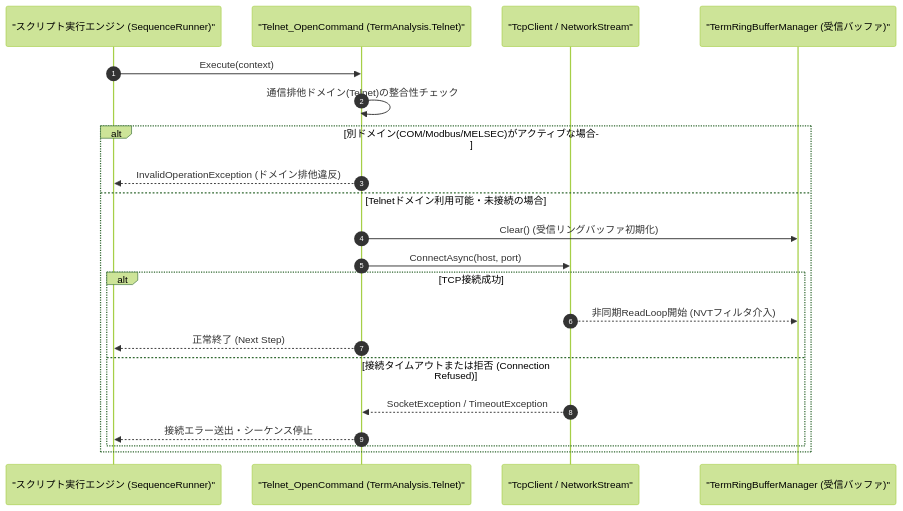
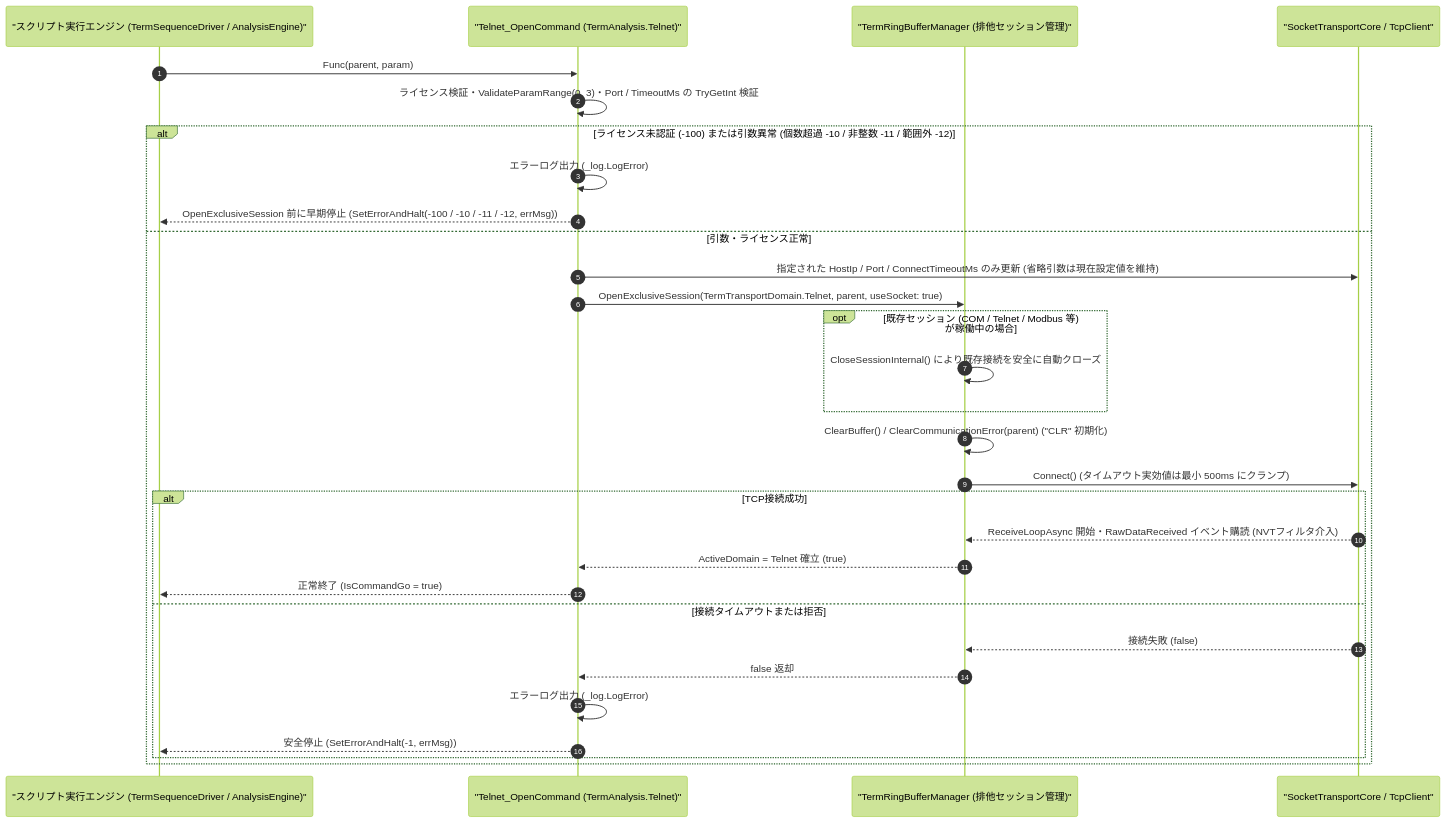
Before and after one commit to Monaca-App/TermAddIn: the diagram in Manual/Telnet/Telnet_Open.Md, drawn with Mermaid (forest theme). The commit also changed other lines of this file and 157 other files, not shown here.

````diff
--- a/Manual/Telnet/Telnet_Open.Md
+++ b/Manual/Telnet/Telnet_Open.Md
@@ -72,24 +77,33 @@
 ```mermaid
 sequenceDiagram
     autonumber
-    participant Script as "スクリプト実行エンジン (SequenceRunner)"
+    participant Script as "スクリプト実行エンジン (TermSequenceDriver / AnalysisEngine)"
     participant Cmd as "Telnet_OpenCommand (TermAnalysis.Telnet)"
-    participant Sock as "TcpClient / NetworkStream"
-    participant Buf as "TermRingBufferManager (受信バッファ)"
+    participant Buf as "TermRingBufferManager (排他セッション管理)"
+    participant Sock as "SocketTransportCore / TcpClient"
 
-    Script->>Cmd: Execute(context)
-    Cmd->>Cmd: 通信排他ドメイン(Telnet)の整合性チェック
-    alt 別ドメイン(COM/Modbus/MELSEC)がアクティブな場合
-        Cmd-->>Script: InvalidOperationException (ドメイン排他違反)
-    else Telnetドメイン利用可能・未接続の場合
-        Cmd->>Buf: Clear() (受信リングバッファ初期化)
-        Cmd->>Sock: ConnectAsync(host, port)
+    Script->>Cmd: Func(parent, param)
+    Cmd->>Cmd: ライセンス検証・ValidateParamRange(0, 3)・Port / TimeoutMs の TryGetInt 検証
+    alt ライセンス未認証 (-100) または引数異常 (個数超過 -10 / 非整数 -11 / 範囲外 -12)
+        Cmd->>Cmd: エラーログ出力 (_log.LogError)
+        Cmd-->>Script: OpenExclusiveSession 前に早期停止 (SetErrorAndHalt(-100 / -10 / -11 / -12, errMsg))
+    else 引数・ライセンス正常
+        Cmd->>Sock: 指定された HostIp / Port / ConnectTimeoutMs のみ更新 (省略引数は現在設定値を維持)
+        Cmd->>Buf: OpenExclusiveSession(TermTransportDomain.Telnet, parent, useSocket: true)
+        opt 既存セッション (COM / Telnet / Modbus 等) が稼働中の場合
+            Buf->>Buf: CloseSessionInternal() により既存接続を安全に自動クローズ
+        end
+        Buf->>Buf: ClearBuffer() / ClearCommunicationError(parent) ("CLR" 初期化)
+        Buf->>Sock: Connect() (タイムアウト実効値は最小 500ms にクランプ)
         alt TCP接続成功
-            Sock-->>Buf: 非同期ReadLoop開始 (NVTフィルタ介入)
-            Cmd-->>Script: 正常終了 (Next Step)
-        else 接続タイムアウトまたは拒否 (Connection Refused)
-            Sock-->>Cmd: SocketException / TimeoutException
-            Cmd-->>Script: 接続エラー送出・シーケンス停止
+            Sock-->>Buf: ReceiveLoopAsync 開始・RawDataReceived イベント購読 (NVTフィルタ介入)
+            Buf-->>Cmd: ActiveDomain = Telnet 確立 (true)
+            Cmd-->>Script: 正常終了 (IsCommandGo = true)
+        else 接続タイムアウトまたは拒否
+            Sock-->>Buf: 接続失敗 (false)
+            Buf-->>Cmd: false 返却
+            Cmd->>Cmd: エラーログ出力 (_log.LogError)
+            Cmd-->>Script: 安全停止 (SetErrorAndHalt(-1, errMsg))
         end
     end
 ```
````
